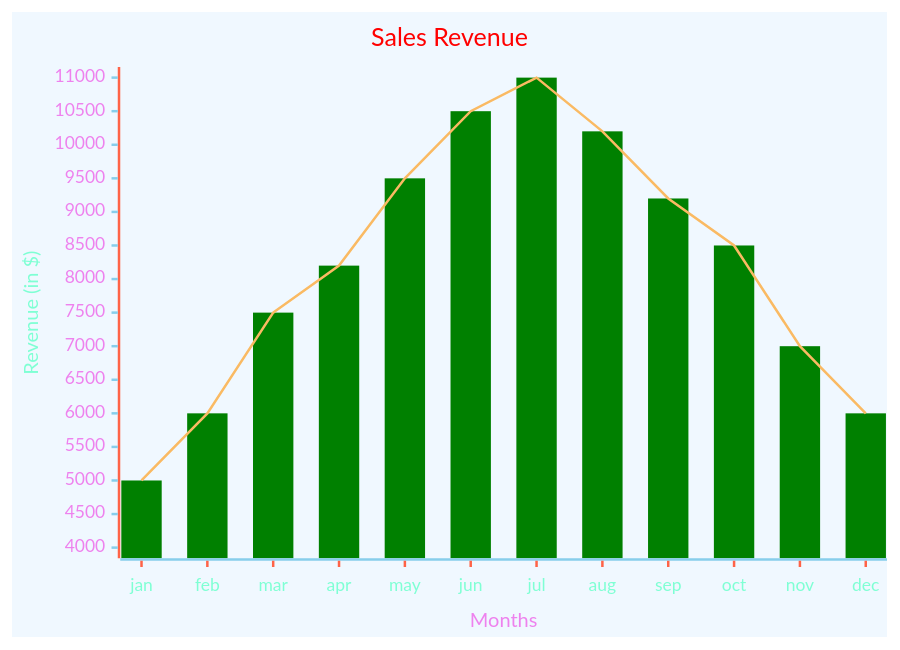
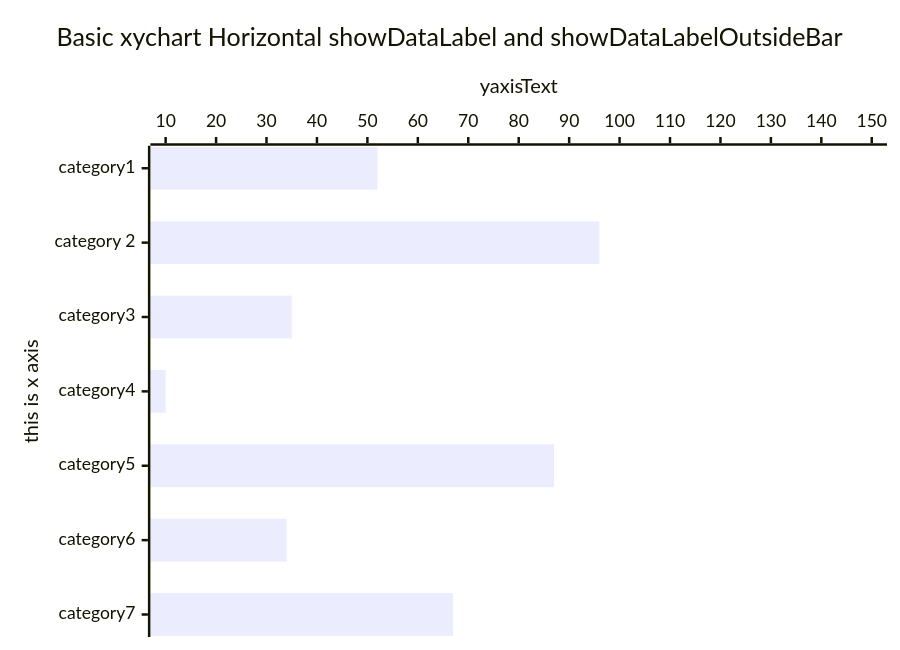
The diagram in samples/mermaid-demos/xychart__11.mmd (creadri/sebastianjs), drawn with Mermaid before and after one commit. The commit also changed 86 other files, not shown here.

```diff
--- a/samples/mermaid-demos/xychart__11.mmd
+++ b/samples/mermaid-demos/xychart__11.mmd
@@ -1,22 +1,12 @@
 ---
 config:
-  themeVariables:
-    xyChart:
-      titleColor: "#ff0000"
-      backgroundColor: "#f0f8ff"
-      yAxisLabelColor: "#ee82ee"
-      yAxisTitleColor: "#7fffd4"
-      yAxisTickColor: "#87ceeb"
-      yAxisLineColor: "#ff6347"
-      xAxisLabelColor: "#7fffd4"
-      xAxisTitleColor: "#ee82ee"
-      xAxisTickColor: "#ff6347"
-      xAxisLineColor: "#87ceeb"
-      plotColorPalette: "#008000, #faba63"
+  xyChart:
+    showDataLabel: true
+    showDataLabelOutsideBar: true
+    chartOrientation: horizontal
 ---
-    xychart
-      title "Sales Revenue"
-      x-axis Months [jan, feb, mar, apr, may, jun, jul, aug, sep, oct, nov, dec]
-      y-axis "Revenue (in $)" 4000 --> 11000
-      bar [5000, 6000, 7500, 8200, 9500, 10500, 11000, 10200, 9200, 8500, 7000, 6000]
-      line [5000, 6000, 7500, 8200, 9500, 10500, 11000, 10200, 9200, 8500, 7000, 6000]
+xychart
+title "Basic xychart Horizontal showDataLabel and showDataLabelOutsideBar"
+x-axis "this is x axis" [category1, "category 2", category3, category4, category5, category6, category7]
+y-axis yaxisText 10 --> 150
+bar "sample bar" [52, 96, 35, 10, 87, 34, 67, 99]
```
